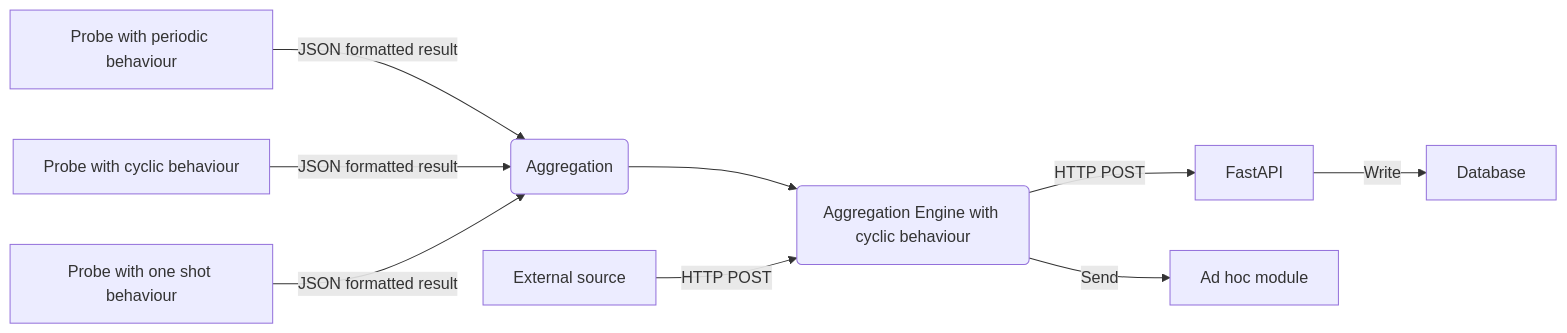
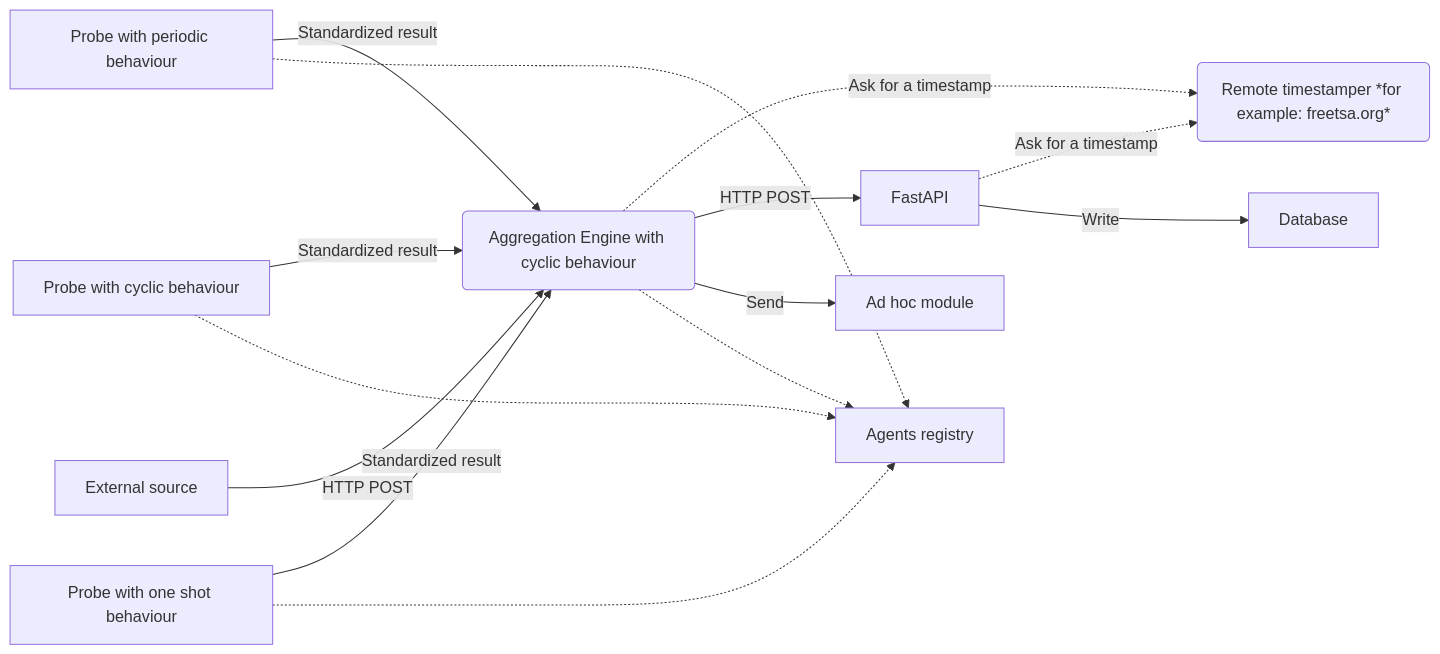
The diagram in docs/architecture.rst (scandale-project/scandale), drawn with Mermaid before and after one commit. The commit also changed other lines of this file and 2 other files, not shown here.

Commit message:
chg: [documentation] Improved Mermaid diagram.

```diff
--- a/docs/architecture.rst
+++ b/docs/architecture.rst
@@ -5,12 +5,22 @@
 .. mermaid::
 
     flowchart LR
 
-    A[Probe with periodic behaviour] -->|JSON formatted result| B(Aggregation)
-    AA[Probe with cyclic behaviour] -->|JSON formatted result| B
-    AAA[Probe with one shot behaviour] -->|JSON formatted result| B
-    B --> C(Aggregation Engine with cyclic behaviour)
-    C -->|HTTP POST| D[FastAPI]
-    C -->|Send| E[Ad hoc module]
-    F[External source] -->|HTTP POST| C
-    D -->|Write| G[Database]
+    P[Probe with periodic behaviour] -->|Standardized result| A(Aggregation Engine with cyclic behaviour)
+    P1[Probe with cyclic behaviour] -->|Standardized result| A
+    P2[Probe with one shot behaviour] -->|Standardized result| A
+    E[External source] -->|HTTP POST| A
+
+    A -.->|Ask for a timestamp| RTS(Remote timestamper *for example: freetsa.org*)
+
+    A -->|HTTP POST| B[FastAPI]
+    A -->|Send| M[Ad hoc module]
+    B -.->|Ask for a timestamp| RTS
+    B -->|Write| G[Database]
+
+
+
+    P -.-> H[Agents registry]
+    P1 -.-> H
+    P2 -.-> H
+    A -.-> H
```
